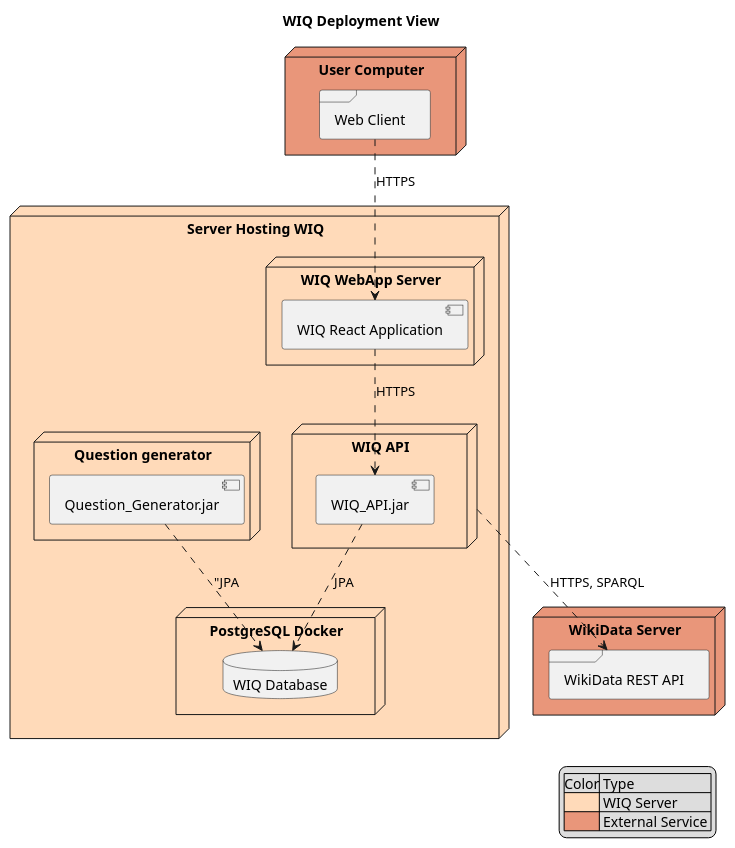
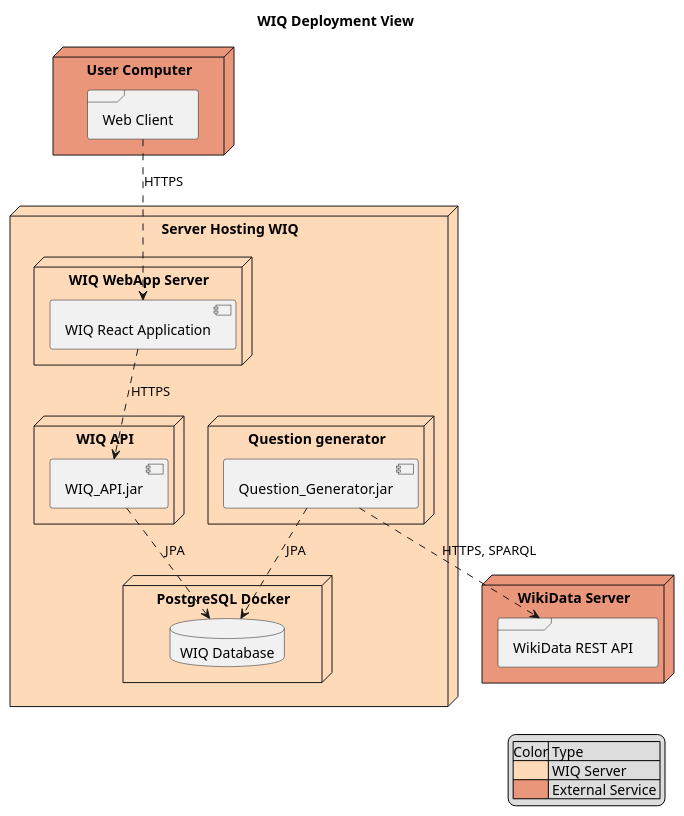
Before and after one commit to Arquisoft/wiq_en2b: the diagram in docs/diagrams/deployment/DeploymentDiagram.puml, drawn with PlantUML.

Commit message:
fix: solved wrong diagram

```diff
--- a/docs/diagrams/deployment/DeploymentDiagram.puml
+++ b/docs/diagrams/deployment/DeploymentDiagram.puml
@@ -1,36 +1,36 @@
 @startuml
 
 title WIQ Deployment View
 
 legend right
     |Color| Type |
     |<#PeachPuff>| WIQ Server |
     |<#DarkSalmon>| External Service |
 end legend
 
 node "Server Hosting WIQ" #PeachPuff {
   node "WIQ WebApp Server"{
     component "WIQ React Application"
   }
   node "WIQ API" {
       component "WIQ_API.jar"
   }
   node "PostgreSQL Docker" {
     database "WIQ Database"
   }
   node "Question generator" {
     component "Question_Generator.jar"
   }
 }
 node "User Computer" #DarkSalmon{
   frame "Web Client"
 }
 node "WikiData Server" #DarkSalmon {
     frame "WikiData REST API"
 }
 "Web Client" ..> "WIQ React Application" : "HTTPS"
 "WIQ React Application" ..> "WIQ_API.jar" : "HTTPS"
 "WIQ_API.jar" ..> "WIQ Database" : "JPA"
-"WIQ API" ..> "WikiData REST API" : "HTTPS, SPARQL"
-"Question_Generator.jar" ..> "WIQ Database" : "JPA
+"Question_Generator.jar" ..> "WikiData REST API" : "HTTPS, SPARQL"
+"Question_Generator.jar" ..> "WIQ Database" : "JPA"
 @enduml
```
